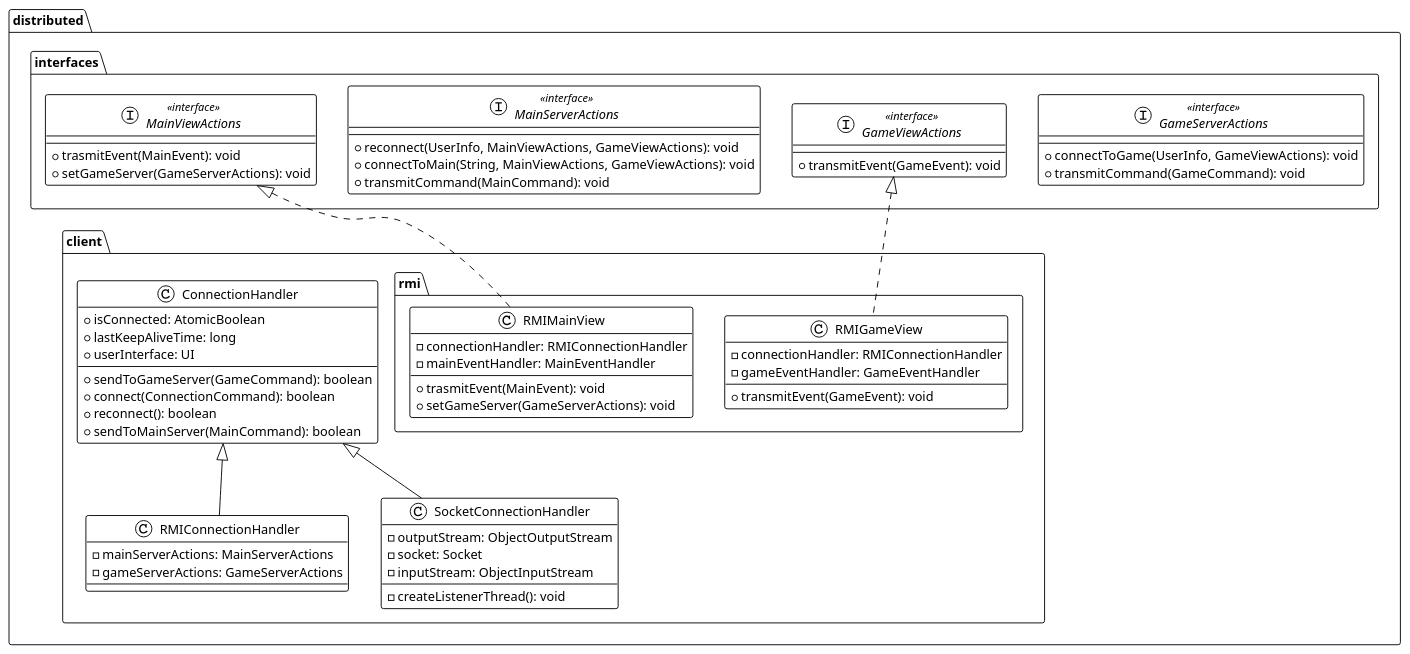
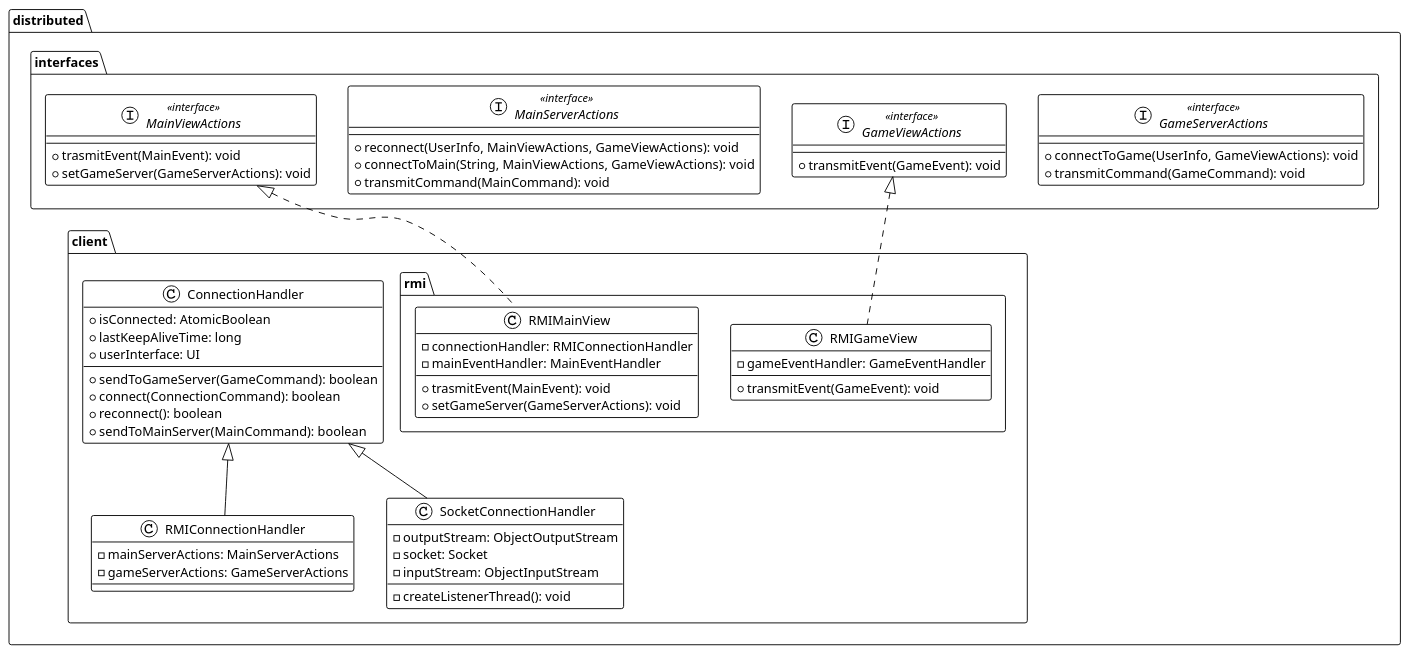
The diagram in docs/UML/finaluml/classdiagrams/distributed/client.plantuml (andsanv/codex-naturalis), drawn with PlantUML before and after one commit. The commit also changed 1 other file, not shown here.

Commit message:
Updated uml

```diff
--- a/docs/UML/finaluml/classdiagrams/distributed/client.plantuml
+++ b/docs/UML/finaluml/classdiagrams/distributed/client.plantuml
@@ -1,71 +1,70 @@
 @startuml
 !theme plain
 top to bottom direction
 
 package "distributed" {
 
     package "interfaces" {
 
         interface GameServerActions << interface >> {
             + connectToGame(UserInfo, GameViewActions): void
             + transmitCommand(GameCommand): void
         }
         interface GameViewActions << interface >> {
             + transmitEvent(GameEvent): void
         }
         interface MainServerActions << interface >> {
             + reconnect(UserInfo, MainViewActions, GameViewActions): void
             + connectToMain(String, MainViewActions, GameViewActions): void
             + transmitCommand(MainCommand): void
         }
         interface MainViewActions << interface >> {
             + trasmitEvent(MainEvent): void
             + setGameServer(GameServerActions): void
         }
 
     }
 
     package "client" {
 
         package "rmi" {
 
             class RMIGameView implements distributed.interfaces.GameViewActions {
-                - connectionHandler: RMIConnectionHandler
                 - gameEventHandler: GameEventHandler
                 + transmitEvent(GameEvent): void
             }
             class RMIMainView implements distributed.interfaces.MainViewActions {
                 - connectionHandler: RMIConnectionHandler
                 - mainEventHandler: MainEventHandler
                 + trasmitEvent(MainEvent): void
                 + setGameServer(GameServerActions): void
             }
 
         }
 
         class ConnectionHandler {
             + isConnected: AtomicBoolean
             + lastKeepAliveTime: long
             + userInterface: UI
             + sendToGameServer(GameCommand): boolean
             + connect(ConnectionCommand): boolean
             + reconnect(): boolean
             + sendToMainServer(MainCommand): boolean
         }
 
         class RMIConnectionHandler extends ConnectionHandler {
             - mainServerActions: MainServerActions
             - gameServerActions: GameServerActions
         }
         class SocketConnectionHandler extends ConnectionHandler {
             - outputStream: ObjectOutputStream
             - socket: Socket
             - inputStream: ObjectInputStream
             - createListenerThread(): void
         }
 
     }
 
 }
 
 @enduml
```
